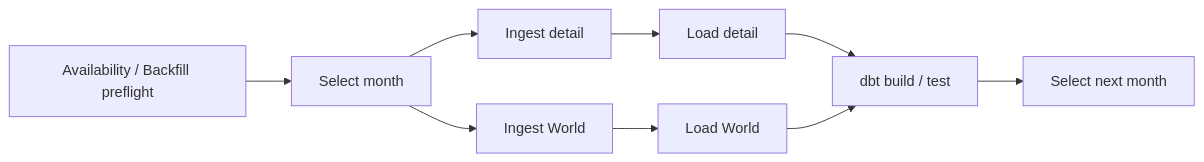
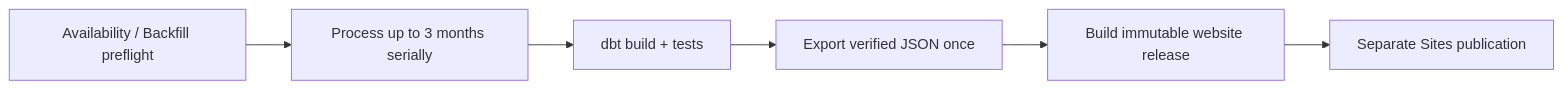
Before and after one commit to sunhua12/000-trade-analytics: the second of 2 diagrams in README.md, drawn with Mermaid. The commit also changed other lines of this file and 70 other files, not shown here.

````diff
--- a/README.md
+++ b/README.md
@@ -120,11 +151,8 @@
 ```mermaid
 flowchart LR
-    A[Availability / Backfill preflight] --> S[Select month]
-    S --> ID[Ingest detail]
-    S --> IW[Ingest World]
-    ID --> LD[Load detail]
-    IW --> LW[Load World]
-    LD --> B[dbt build / test]
-    LW --> B
-    B --> Next[Select next month]
+    A[Availability / Backfill preflight] --> B[Process up to 3 months serially]
+    B --> T[dbt build + tests]
+    T --> J[Export verified JSON once]
+    J --> W[Build immutable website release]
+    W --> P[Separate Sites publication]
 ```
````
